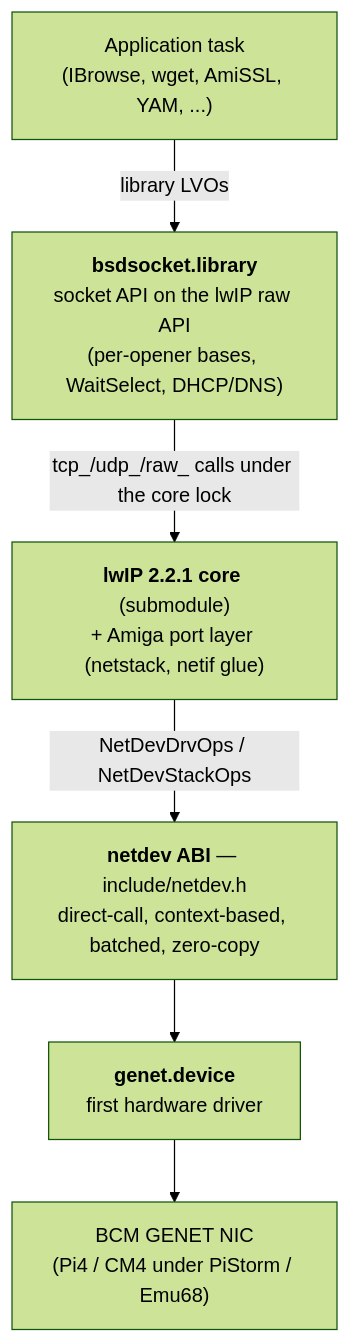
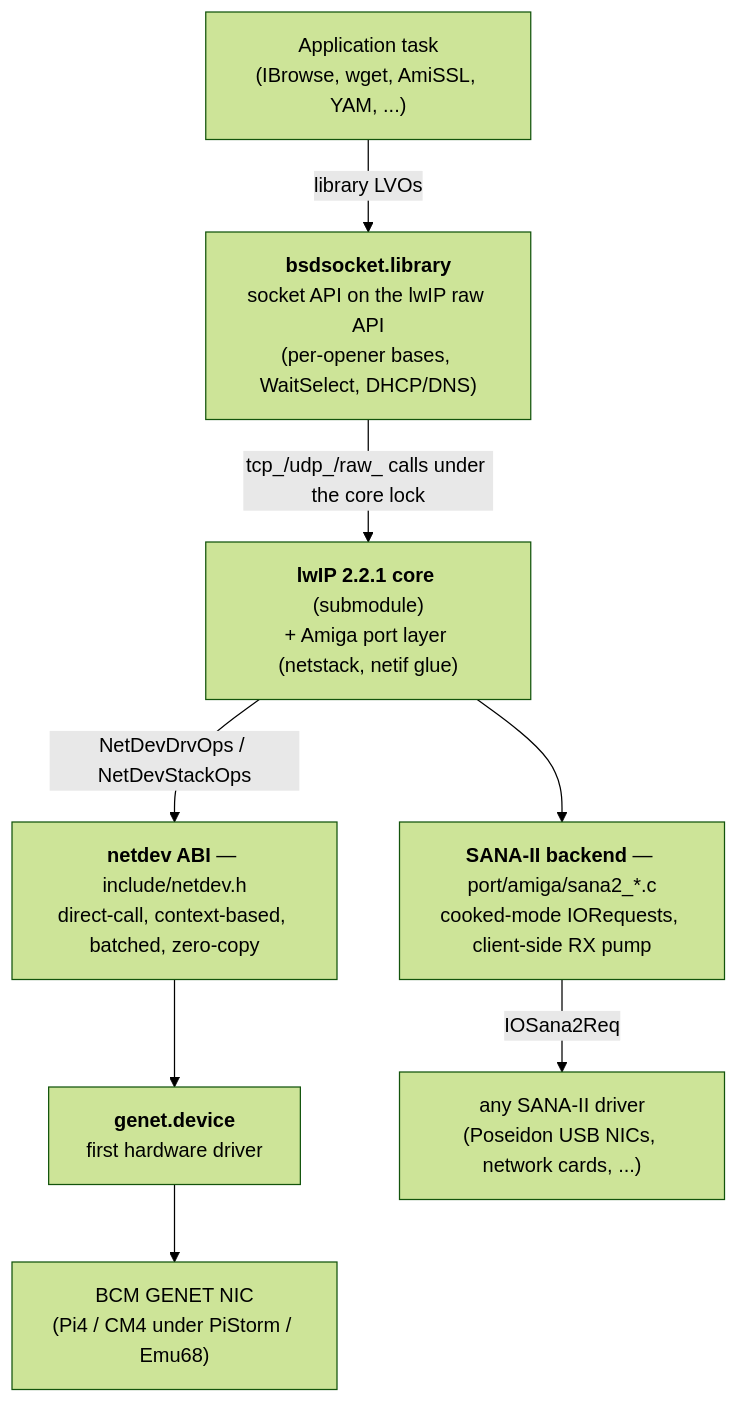
One commit to rondoval/lwip-amiga changed the diagram in docs/architecture.md. Above: the diagram before and after it, drawn with Mermaid (forest theme). The commit also changed other lines of this file and 24 other files, not shown here.

First line of the commit message:
Add SANA-II backend

````diff
--- a/docs/architecture.md
+++ b/docs/architecture.md
@@ -6,15 +6,19 @@
 ```mermaid
 flowchart TB
     app["Application task<br/>(IBrowse, wget, AmiSSL, YAM, ...)"]
     bsd["<b>bsdsocket.library</b><br/>socket API on the lwIP raw API<br/>(per-opener bases, WaitSelect, DHCP/DNS)"]
     lwip["<b>lwIP 2.2.1 core</b> (submodule)<br/>+ Amiga port layer (netstack, netif glue)"]
     abi["<b>netdev ABI</b> — include/netdev.h<br/>direct-call, context-based, batched, zero-copy"]
     drv["<b>genet.device</b><br/>first hardware driver"]
     nic["BCM GENET NIC<br/>(Pi4 / CM4 under PiStorm / Emu68)"]
+    s2["<b>SANA-II backend</b> — port/amiga/sana2_*.c<br/>cooked-mode IORequests, client-side RX pump"]
+    s2drv["any SANA-II driver<br/>(Poseidon USB NICs, network cards, ...)"]
 
     app -->|library LVOs| bsd
     bsd -->|tcp_/udp_/raw_ calls under the core lock| lwip
     lwip -->|NetDevDrvOps / NetDevStackOps| abi
     abi --> drv
     drv --> nic
+    lwip --> s2
+    s2 -->|IOSana2Req| s2drv
 ```
````
